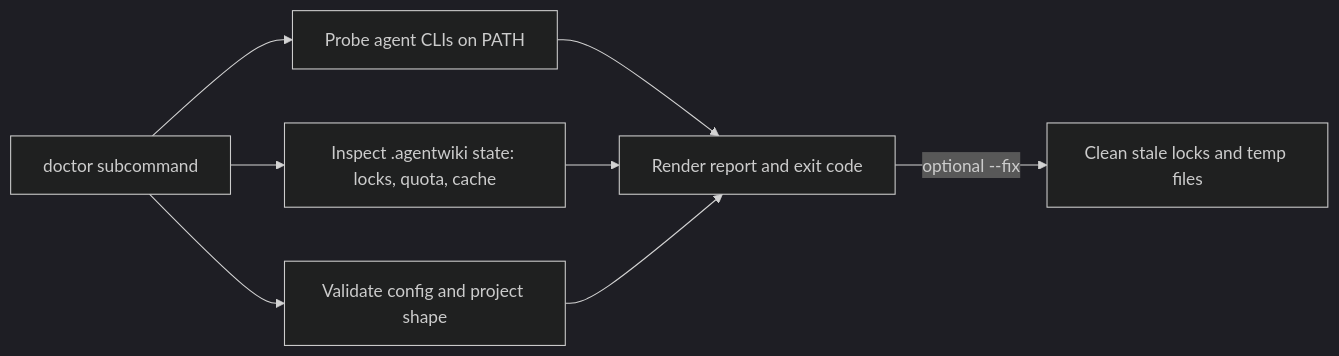
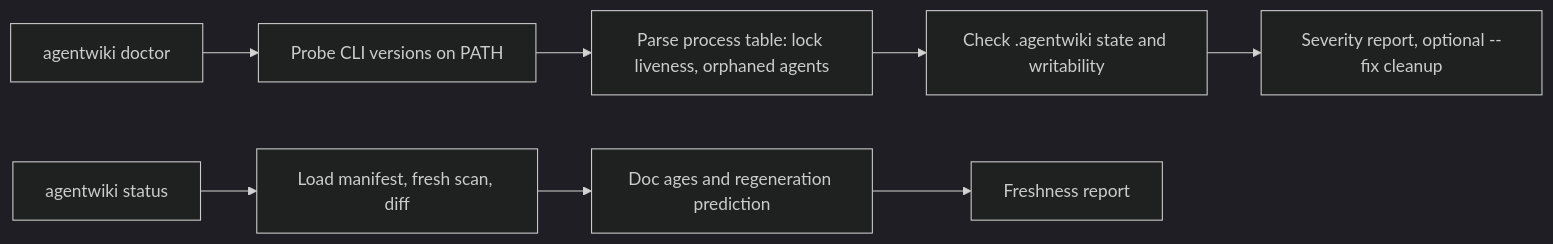
Before and after one commit to tidusvn05/agentwiki: the third of 4 diagrams in docs/vi/3.Workflow.md, drawn with Mermaid (dark theme). The commit also changed other lines of this file and 41 other files, not shown here.

````diff
--- a/docs/vi/3.Workflow.md
+++ b/docs/vi/3.Workflow.md
@@ -104,10 +93,11 @@
 ```mermaid
 flowchart LR
-    A[doctor subcommand] --> B[Probe agent CLIs on PATH]
-    A --> C[Inspect .agentwiki state: locks, quota, cache]
-    A --> D[Validate config and project shape]
-    B --> E[Render report and exit code]
-    C --> E
-    D --> E
-    E -->|optional --fix| F[Clean stale locks and temp files]
+    A[agentwiki doctor] --> B[Probe CLI versions on PATH]
+    B --> C[Parse process table: lock liveness, orphaned agents]
+    C --> D[Check .agentwiki state and writability]
+    D --> E[Severity report, optional --fix cleanup]
+
+    F[agentwiki status] --> G[Load manifest, fresh scan, diff]
+    G --> H[Doc ages and regeneration prediction]
+    H --> I[Freshness report]
 ```
````
